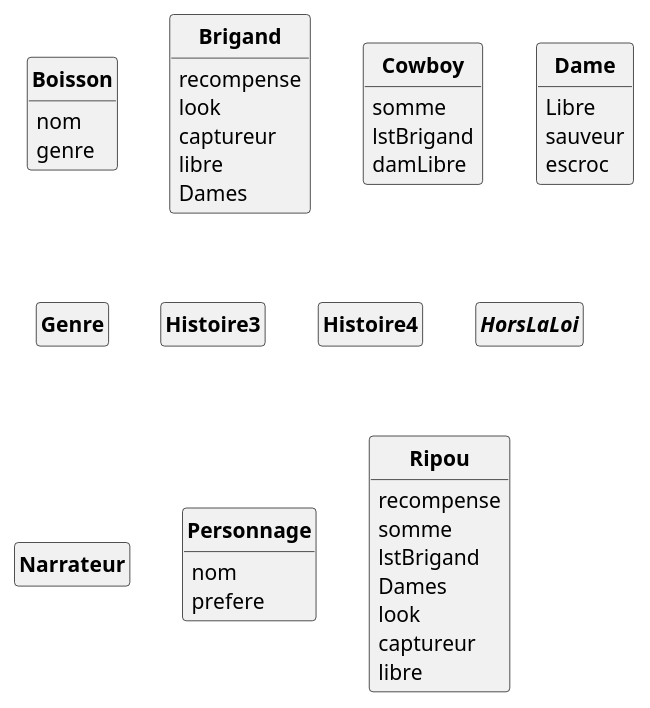
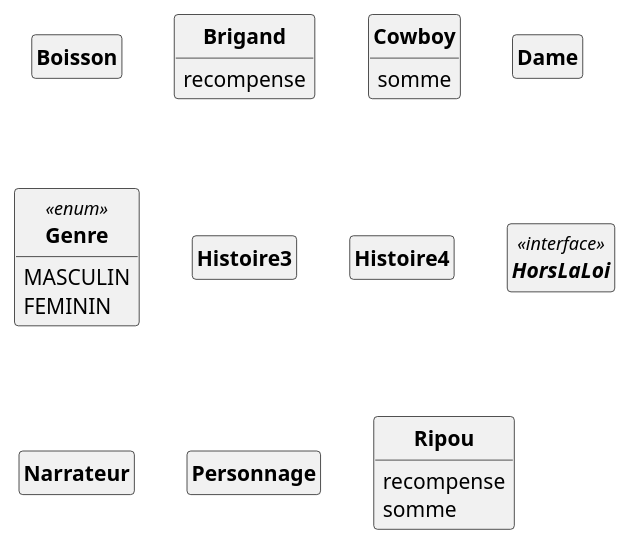
One commit to SylvainSchaefer/Java-to-PUML changed the diagram in src/pumlFromJava/DC_Western.puml. Above: the diagram before and after it, drawn with PlantUML. The commit also changed 4 other files, not shown here.

```diff
--- a/src/pumlFromJava/DC_Western.puml
+++ b/src/pumlFromJava/DC_Western.puml
@@ -1,59 +1,46 @@
 @startuml
 'https://plantuml.com/class-diagram
 skinparam style strictuml
 skinparam classAttributeIconSize 0
 skinparam classFontStyle Bold
 hide empty members
 
 Class Boisson{
-nom
-genre
 
 }
 Class Brigand{
 recompense
-look
-captureur
-libre
-Dames
 
 }
 Class Cowboy{
 somme
-lstBrigand
-damLibre
 
 }
 Class Dame{
-Libre
-sauveur
-escroc
 
 }
-Enum Genre
+Enum Genre<<enum>> {
+MASCULIN
+FEMININ
+
+}
 Class Histoire3{
 
 }
 Class Histoire4{
 
 }
-Interface HorsLaLoi
+Interface HorsLaLoi<<interface>> {
+}
 Class Narrateur{
 
 }
 Class Personnage{
-nom
-prefere
 
 }
 Class Ripou{
 recompense
 somme
-lstBrigand
-Dames
-look
-captureur
-libre
 
 }
 @enduml
```
